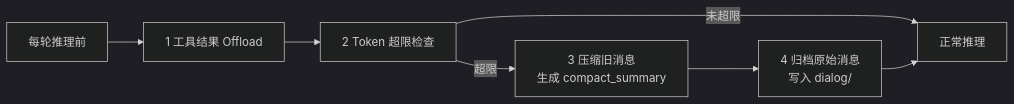
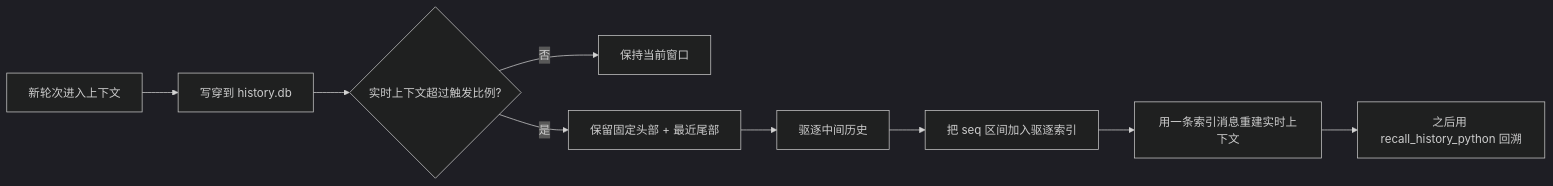
The diagram in website/public/docs/context.zh.md (agentscope-ai/QwenPaw), drawn with Mermaid (dark theme) before and after one commit. The commit also changed other lines of this file and 5 other files, not shown here.

````diff
--- a/website/public/docs/context.zh.md
+++ b/website/public/docs/context.zh.md
@@ -22,9 +17,11 @@
 ```mermaid
 flowchart LR
-    A[每轮推理前] --> B[1 工具结果 Offload]
-    B --> C[2 Token 超限检查]
-    C -->|未超限| D[正常推理]
-    C -->|超限| E[3 压缩旧消息\n生成 compact_summary]
-    E --> F[4 归档原始消息\n写入 dialog/]
-    F --> D
+    A[新轮次进入上下文] --> B[写穿到 history.db]
+    B --> C{实时上下文超过触发比例?}
+    C -->|否| D[保持当前窗口]
+    C -->|是| E[保留固定头部 + 最近尾部]
+    E --> F[驱逐中间历史]
+    F --> G[把 seq 区间加入驱逐索引]
+    G --> H[用一条索引消息重建实时上下文]
+    H --> I[之后用 recall_history_python 回溯]
 ```
````
